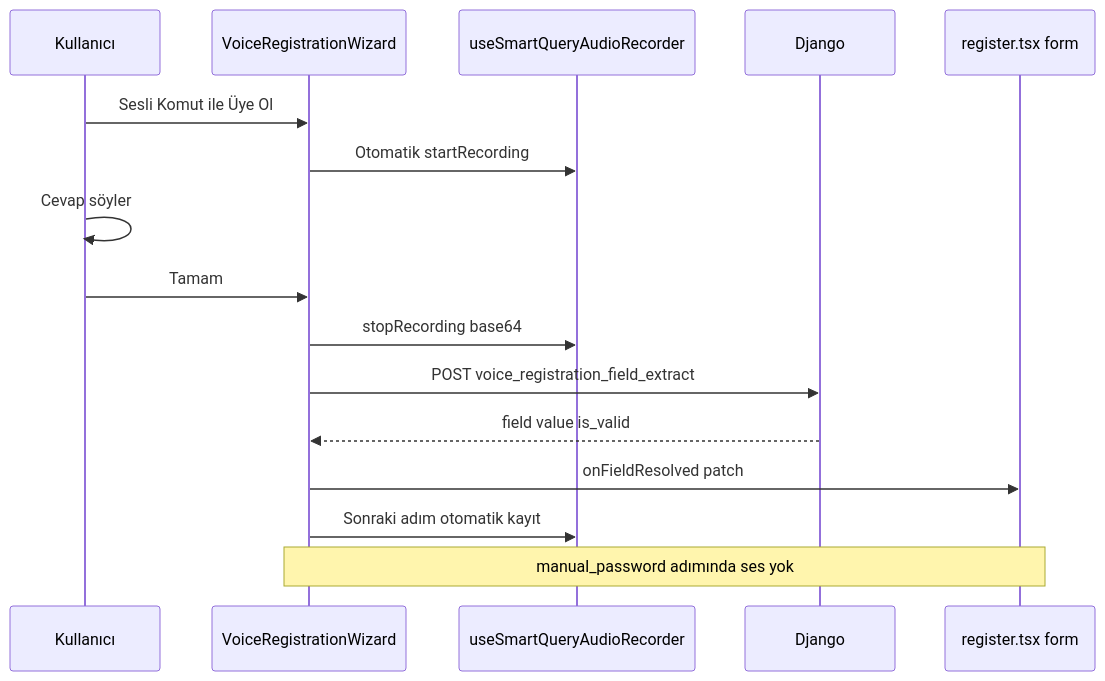
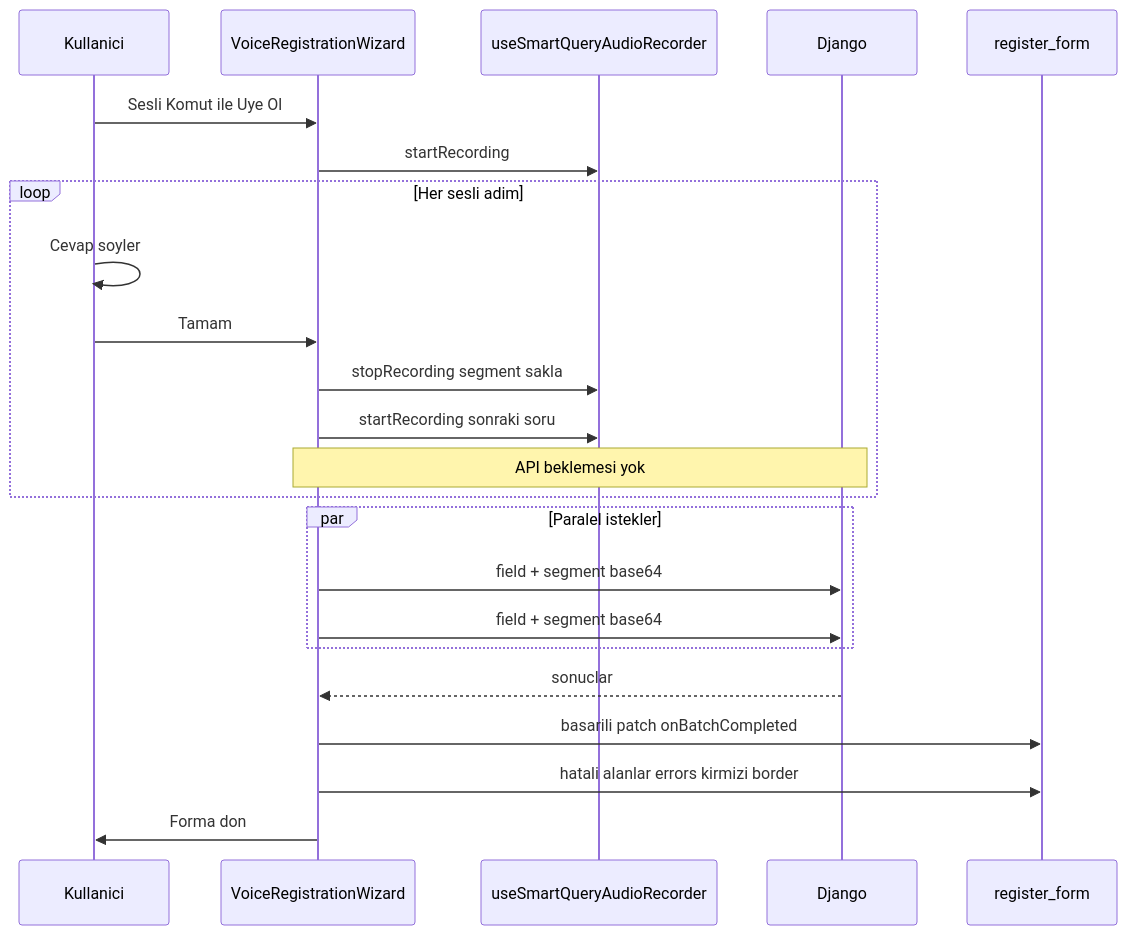
Before and after one commit to proparcel/mobil: the diagram in docs/modules/akilli_ses/sesli_uyelik.md, drawn with Mermaid. The commit also changed other lines of this file and 264 other files, not shown here.

````diff
--- a/docs/modules/akilli_ses/sesli_uyelik.md
+++ b/docs/modules/akilli_ses/sesli_uyelik.md
@@ -15,19 +17,26 @@
 ```mermaid
 sequenceDiagram
-  participant U as Kullanıcı
+  participant U as Kullanici
   participant W as VoiceRegistrationWizard
   participant R as useSmartQueryAudioRecorder
   participant API as Django
-  participant F as register.tsx form
+  participant F as register_form
 
-  U->>W: Sesli Komut ile Üye Ol
-  W->>R: Otomatik startRecording
-  U->>U: Cevap söyler
-  U->>W: Tamam
-  W->>R: stopRecording base64
-  W->>API: POST voice_registration_field_extract
-  API-->>W: field value is_valid
-  W->>F: onFieldResolved patch
-  W->>R: Sonraki adım otomatik kayıt
-  Note over W,F: manual_password adımında ses yok
+  U->>W: Sesli Komut ile Uye Ol
+  W->>R: startRecording
+  loop Her sesli adim
+    U->>U: Cevap soyler
+    U->>W: Tamam
+    W->>R: stopRecording segment sakla
+    W->>R: startRecording sonraki soru
+    Note over W,API: API beklemesi yok
+  end
+  par Paralel istekler
+    W->>API: field + segment base64
+    W->>API: field + segment base64
+  end
+  API-->>W: sonuclar
+  W->>F: basarili patch onBatchCompleted
+  W->>F: hatali alanlar errors kirmizi border
+  W->>U: Forma don
 ```
````
